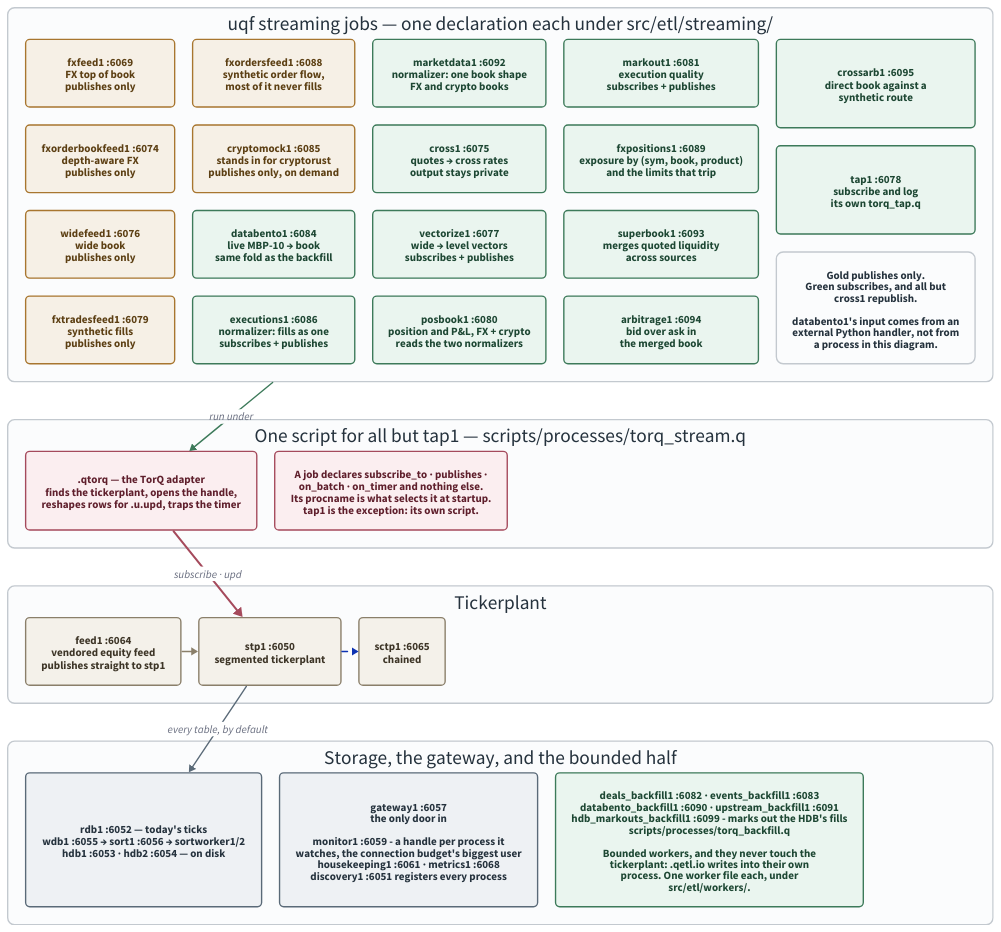
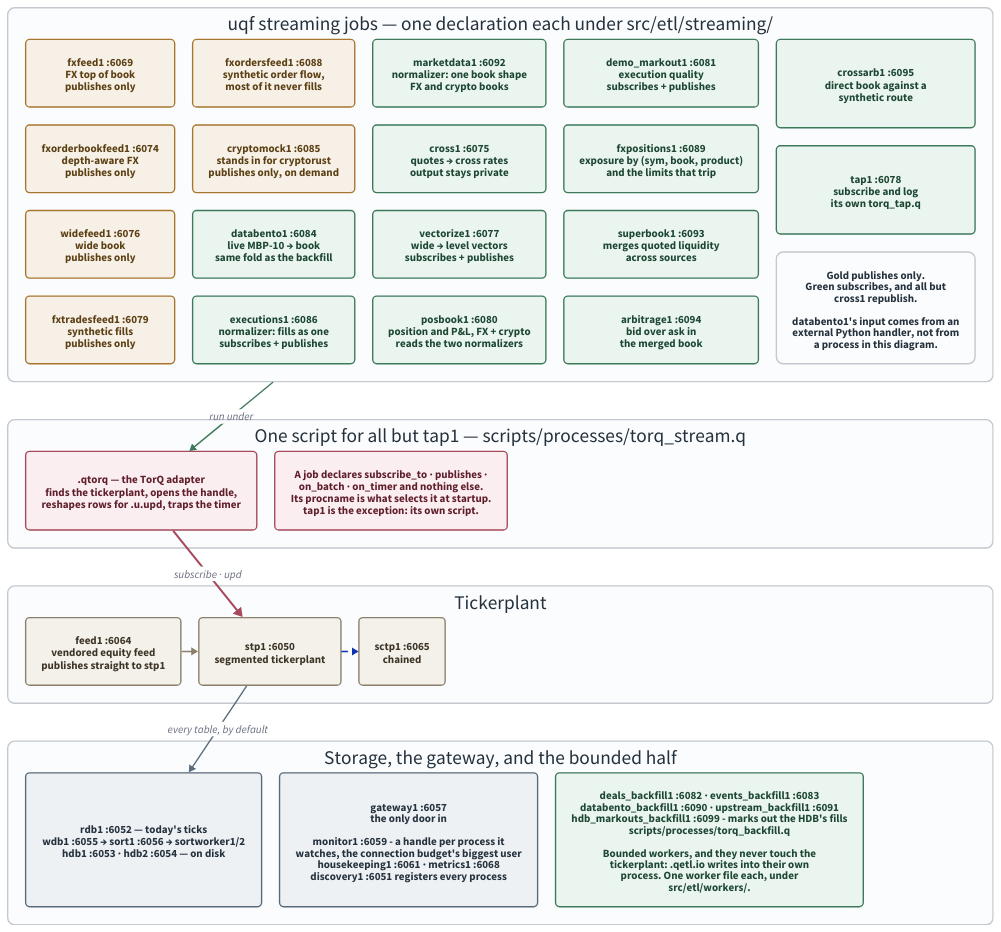
One commit to kwojdalski/uqf changed the diagram in docs/diagrams/stack-topology.d2. Above: the diagram before and after it, drawn with D2. The commit also changed 68 other files, not shown here.

```diff
--- a/docs/diagrams/stack-topology.d2
+++ b/docs/diagrams/stack-topology.d2
@@ -1,165 +1,165 @@
 # stack-topology.d2 - who connects to whom over IPC in the running stack.
 #
 # Rendered by scripts/generate/render_diagrams.py, which CI runs with
 # --check. Embedded from docs/architecture/stack.md.
 #
 # Ports are the defaults at base 6050; every one is {KDBBASEPORT}+offset, so
 # a different base shifts them all together. The authority for the offsets
 # is docs/reference/processes.md, which is GENERATED from the
 # pipeline registry - if this diagram and that table disagree, the table is
 # right.
 #
 # WHAT THIS SHOWS THAT THE MERMAID VERSION DID NOT (#245).
 #
 # Every uqf streaming process but tap1 runs the SAME script. Since #204 a
 # streaming job is a declaration under src/etl/streaming/ and
 # processes/torq_stream.q is the one runner; which job a process runs is
 # decided by its procname at startup. The old diagram drew a script per
 # process, which is what the stack looked like before .qetl.job.stream and is the
 # single most misleading thing about it.
 #
 # The two connection patterns are still real and still different - publish
 # only, versus an access-listed subscribe - but a job performs neither
 # itself now. .qtorq does both on its behalf, which is why the adapter is
 # drawn between the processes and the tickerplant rather than left out.
 #
 # Backfills are on here too, and were not before. They are the other half
 # of the ETL tree and they reach the tickerplant NOT AT ALL: a bounded
 # worker writes through .qetl.io into its own process, so its rows never
 # traverse stp1. Drawing them beside the streaming jobs is the point - the
 # two halves look alike in the code and take completely different paths to
 # storage.
 
 direction: down
 
 grid-rows: 4
 grid-gap: 55
 
 vars: {
   d2-config: {
     pad: 40
   }
 }
 
 # Same palette as repo-overview.d2, so the set reads as one system: light
 # fills with dark text in both themes rather than a --dark-theme pairing,
 # which d2 still applies explicit styles over (d2lang/d2#831).
 classes: {
   feed: {
     style: {
       fill: "#f6f0e6"
       stroke: "#a8762f"
       font-color: "#5c3f13"
       border-radius: 6
     }
   }
   job: {
     style: {
       fill: "#eaf5ef"
       stroke: "#3d7a5a"
       font-color: "#1d4733"
       border-radius: 6
     }
   }
   adapter: {
     style: {
       fill: "#fbeef0"
       stroke: "#a54a5c"
       font-color: "#5f1f2c"
       border-radius: 6
     }
   }
   store: {
     style: {
       fill: "#eef1f4"
       stroke: "#5a6a78"
       font-color: "#25323d"
       border-radius: 6
     }
   }
   vendored: {
     style: {
       fill: "#f4f1ea"
       stroke: "#8a7f6a"
       font-color: "#3d3527"
       border-radius: 6
     }
   }
   band: {
     style: {
       fill: "#fbfcfd"
       stroke: "#c3c9cf"
       font-color: "#25323d"
       stroke-width: 2
       border-radius: 10
     }
   }
 }
 
 jobs: "uqf streaming jobs — one declaration each under src/etl/streaming/" {
   class: band
   grid-columns: 5
   grid-gap: 26
 
   fxfeed1: "fxfeed1 :6069\nFX top of book\npublishes only" { class: feed }
   fxorderbookfeed1: "fxorderbookfeed1 :6074\ndepth-aware FX\npublishes only" { class: feed }
   widefeed1: "widefeed1 :6076\nwide book\npublishes only" { class: feed }
   fxtradesfeed1: "fxtradesfeed1 :6079\nsynthetic fills\npublishes only" { class: feed }
   fxordersfeed1: "fxordersfeed1 :6088\nsynthetic order flow,\nmost of it never fills" { class: feed }
 
   cryptomock1: "cryptomock1 :6085\nstands in for cryptorust\npublishes only, on demand" { class: feed }
   databento1: "databento1 :6084\nlive MBP-10 → book\nsame fold as the backfill" { class: job }
   executions1: "executions1 :6086\nnormalizer: fills as one\nsubscribes + publishes" { class: job }
   marketdata1: "marketdata1 :6092\nnormalizer: one book shape\nFX and crypto books" { class: job }
 
   cross1: "cross1 :6075\nquotes → cross rates\noutput stays private" { class: job }
   vectorize1: "vectorize1 :6077\nwide → level vectors\nsubscribes + publishes" { class: job }
   posbook1: "posbook1 :6080\nposition and P&L, FX + crypto\nreads the two normalizers" { class: job }
-  markout1: "markout1 :6081\nexecution quality\nsubscribes + publishes" { class: job }
+  demo_markout1: "demo_markout1 :6081\nexecution quality\nsubscribes + publishes" { class: job }
   fxpositions1: "fxpositions1 :6089\nexposure by (sym, book, product)\nand the limits that trip" { class: job }
 
   superbook1: "superbook1 :6093\nmerges quoted liquidity\nacross sources" { class: job }
   arbitrage1: "arbitrage1 :6094\nbid over ask in\nthe merged book" { class: job }
   crossarb1: "crossarb1 :6095\ndirect book against a\nsynthetic route" { class: job }
   tap1: "tap1 :6078\nsubscribe and log\nits own torq_tap.q" { class: job }
   legend: "Gold publishes only.\nGreen subscribes, and all but\ncross1 republish.\n\ndatabento1's input comes from an\nexternal Python handler, not from\na process in this diagram." { class: band }
 }
 
 runner: "One script for all but tap1 — scripts/processes/torq_stream.q" {
   class: band
   grid-columns: 2
   grid-gap: 26
 
   qtorq: ".qtorq — the TorQ adapter\nfinds the tickerplant, opens the handle,\nreshapes rows for .u.upd, traps the timer" { class: adapter }
   note: "A job declares subscribe_to · publishes ·\non_batch · on_timer and nothing else.\nIts procname is what selects it at startup.\ntap1 is the exception: its own script." { class: adapter }
 }
 
 tp: "Tickerplant" {
   class: band
   grid-columns: 3
   grid-gap: 26
 
   feed1: "feed1 :6064\nvendored equity feed\npublishes straight to stp1" { class: vendored }
   stp: "stp1 :6050\nsegmented tickerplant" { class: vendored }
   sctp: "sctp1 :6065\nchained" { class: vendored }
 
   feed1 -> stp { style.stroke: "#8a7f6a" }
   stp -> sctp { style.stroke-dash: 4 }
 }
 
 downstream: "Storage, the gateway, and the bounded half" {
   class: band
   grid-columns: 3
   grid-gap: 26
 
   storage: "rdb1 :6052 — today's ticks\nwdb1 :6055 → sort1 :6056 → sortworker1/2\nhdb1 :6053 · hdb2 :6054 — on disk" { class: store }
   gw: "gateway1 :6057\nthe only door in\n\nmonitor1 :6059 - a handle per process it\nwatches, the connection budget's biggest user\nhousekeeping1 :6061 · metrics1 :6068\ndiscovery1 :6051 registers every process" { class: store }
   backfills: "deals_backfill1 :6082 · events_backfill1 :6083\ndatabento_backfill1 :6090 · upstream_backfill1 :6091\nhdb_markouts_backfill1 :6099 - marks out the HDB's fills\nscripts/processes/torq_backfill.q\n\nBounded workers, and they never touch the\ntickerplant: .qetl.io writes into their own\nprocess. One worker file each, under\nsrc/etl/workers/." { class: job }
 }
 
 jobs -> runner.qtorq: "run under" { style.stroke: "#3d7a5a" }
 runner.qtorq -> tp.stp: "subscribe · upd" {
   style.stroke: "#a54a5c"
   style.stroke-width: 3
 }
 tp.stp -> downstream.storage: "every table, by default" { style.stroke: "#5a6a78" }
```
